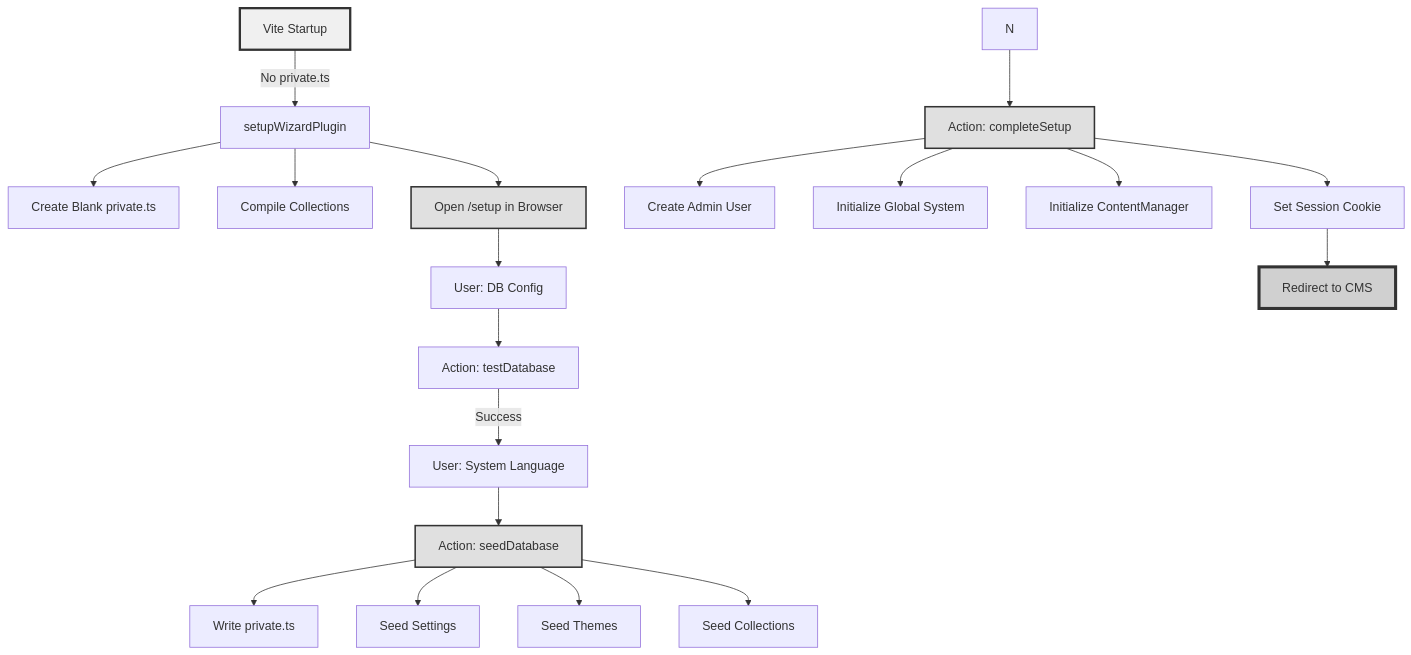
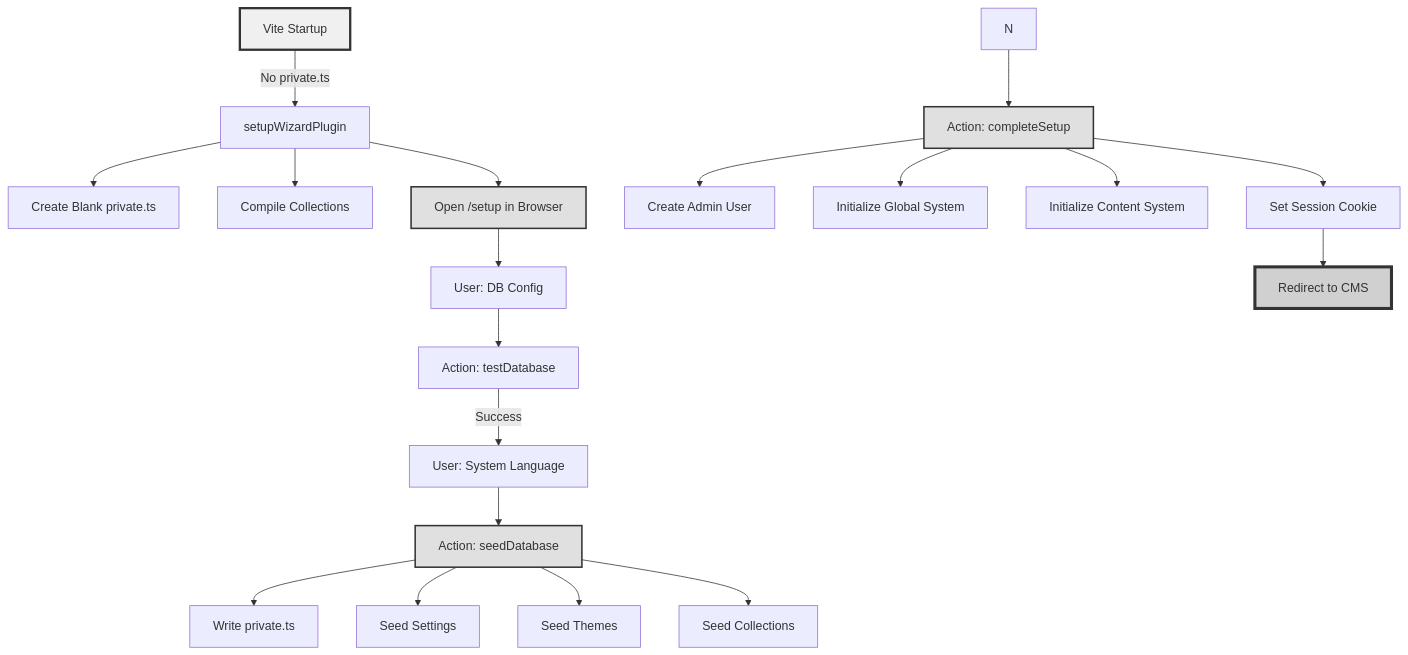
Before and after one commit to TamoorArif/SveltyCMS: the second of 9 diagrams in docs/architecture/initialization-workflow.mdx, drawn with Mermaid. The commit also changed other lines of this file and 118 other files, not shown here.

Commit message:
refactor: consolidate content management logic by replacing legacy modules with unified store and service layers and updating setup wizard architecture.

````diff
--- a/docs/architecture/initialization-workflow.mdx
+++ b/docs/architecture/initialization-workflow.mdx
@@ -572,31 +572,31 @@
 ```mermaid
 graph TB
     A[Vite Startup] -->|No private.ts| B[setupWizardPlugin]
     B --> C[Create Blank private.ts]
     B --> D[Compile Collections]
     B --> E[Open /setup in Browser]
 
     E --> F[User: DB Config]
     F --> G[Action: testDatabase]
     G -->|Success| H[User: System Language]
 
     H --> I[Action: seedDatabase]
     I --> J[Write private.ts]
     I --> K[Seed Settings]
     I --> L[Seed Themes]
     I --> M[Seed Collections]
 
     N --> O[Action: completeSetup]
     O --> P[Create Admin User]
     O --> Q[Initialize Global System]
-    O --> R[Initialize ContentManager]
+    O --> R[Initialize Content System]
     O --> S[Set Session Cookie]
 
     S --> T[Redirect to CMS]
 
     style A fill:#f0f0f0,stroke:#333,stroke-width:3px
     style E fill:#e0e0e0,stroke:#333,stroke-width:2px
     style I fill:#e0e0e0,stroke:#333,stroke-width:2px
     style O fill:#e0e0e0,stroke:#333,stroke-width:2px
     style T fill:#d0d0d0,stroke:#333,stroke-width:4px
 ```
````
